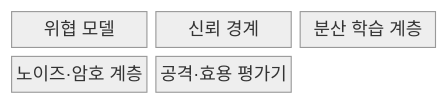
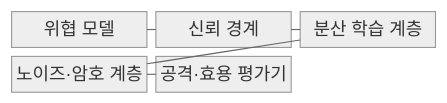
The first of 2 diagrams in src/content/docs/notes/08-latest-tech/110_privacy_preserving_ai.md (agnusdei1207/knowledge-base), drawn with Mermaid (neutral theme) before and after one commit. The commit also changed other lines of this file and 228 other files, not shown here.

````diff
--- a/src/content/docs/notes/08-latest-tech/110_privacy_preserving_ai.md
+++ b/src/content/docs/notes/08-latest-tech/110_privacy_preserving_ai.md
@@ -50,9 +50,13 @@
 ```mermaid
 block-beta
     columns 3
     T["위협 모델"]
     B["신뢰 경계"]
     F["분산 학습 계층"]
     P["노이즈·암호 계층"]
     V["공격·효용 평가기"]
+    T --- B
+    B --- F
+    F --- P
+    P --- V
 ```
````
